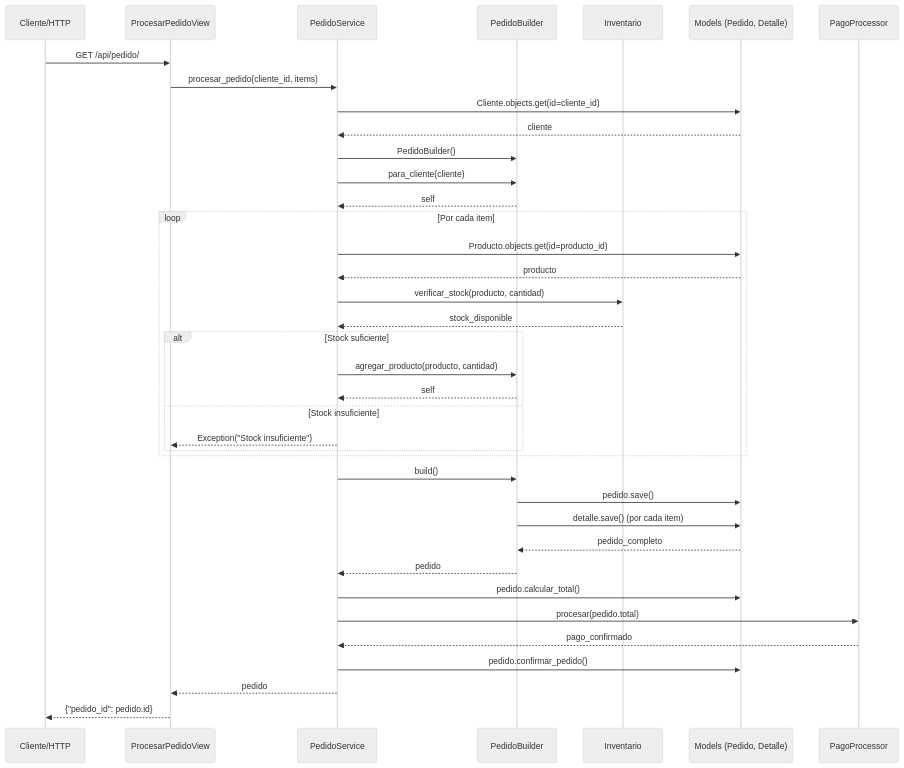
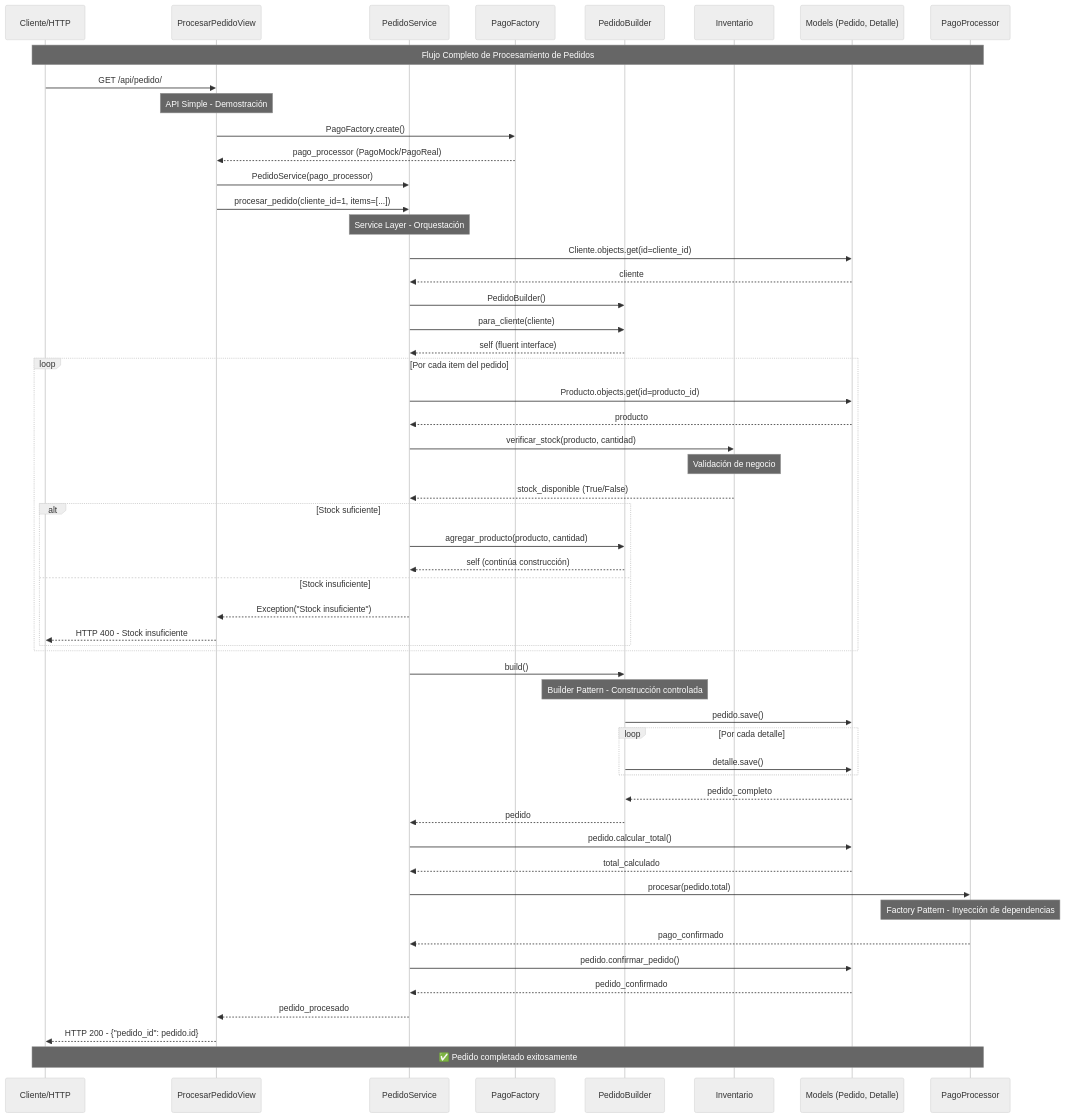
Before and after one commit to zrsebas/sportcore: the diagram in README.md, drawn with Mermaid (neutral theme). The commit also changed other lines of this file, not shown here.

````diff
--- a/README.md
+++ b/README.md
@@ -99,49 +107,71 @@
 ```mermaid
 sequenceDiagram
     participant Client as Cliente/HTTP
     participant View as ProcesarPedidoView
     participant Service as PedidoService
+    participant Factory as PagoFactory
     participant Builder as PedidoBuilder
     participant Inventory as Inventario
     participant Models as Models (Pedido, Detalle)
     participant Payment as PagoProcessor
 
+    Note over Client,Payment: Flujo Completo de Procesamiento de Pedidos
+    
     Client->>View: GET /api/pedido/
-    View->>Service: procesar_pedido(cliente_id, items)
+    Note over View: API Simple - Demostración
+    
+    View->>Factory: PagoFactory.create()
+    Factory-->>View: pago_processor (PagoMock/PagoReal)
+    
+    View->>Service: PedidoService(pago_processor)
+    View->>Service: procesar_pedido(cliente_id=1, items=[...])
+    Note over Service: Service Layer - Orquestación
     
     Service->>Models: Cliente.objects.get(id=cliente_id)
     Models-->>Service: cliente
     
     Service->>Builder: PedidoBuilder()
     Service->>Builder: para_cliente(cliente)
-    Builder-->>Service: self
+    Builder-->>Service: self (fluent interface)
     
-    loop Por cada item
+    loop Por cada item del pedido
         Service->>Models: Producto.objects.get(id=producto_id)
         Models-->>Service: producto
         
         Service->>Inventory: verificar_stock(producto, cantidad)
-        Inventory-->>Service: stock_disponible
+        Note over Inventory: Validación de negocio
+        Inventory-->>Service: stock_disponible (True/False)
         
         alt Stock suficiente
             Service->>Builder: agregar_producto(producto, cantidad)
-            Builder-->>Service: self
+            Builder-->>Service: self (continúa construcción)
         else Stock insuficiente
             Service-->>View: Exception("Stock insuficiente")
+            View-->>Client: HTTP 400 - Stock insuficiente
         end
     end
     
     Service->>Builder: build()
+    Note over Builder: Builder Pattern - Construcción controlada
     Builder->>Models: pedido.save()
-    Builder->>Models: detalle.save() (por cada item)
+    loop Por cada detalle
+        Builder->>Models: detalle.save()
+    end
     Models-->>Builder: pedido_completo
     Builder-->>Service: pedido
     
     Service->>Models: pedido.calcular_total()
+    Models-->>Service: total_calculado
+    
     Service->>Payment: procesar(pedido.total)
+    Note over Payment: Factory Pattern - Inyección de dependencias
     Payment-->>Service: pago_confirmado
+    
     Service->>Models: pedido.confirmar_pedido()
+    Models-->>Service: pedido_confirmado
     
-    Service-->>View: pedido
-    View-->>Client: {"pedido_id": pedido.id}
+    Service-->>View: pedido_procesado
+    View-->>Client: HTTP 200 - {"pedido_id": pedido.id}
+    
+    Note over Client,Payment: ✅ Pedido completado exitosamente
 ```
````
